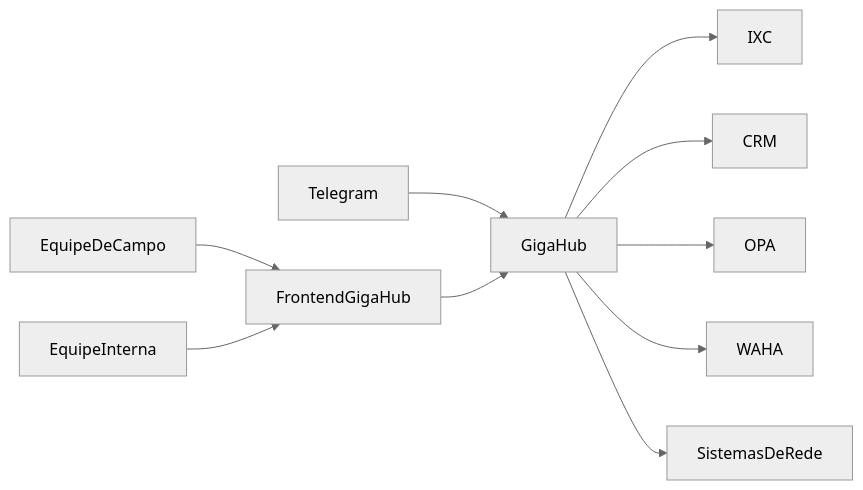
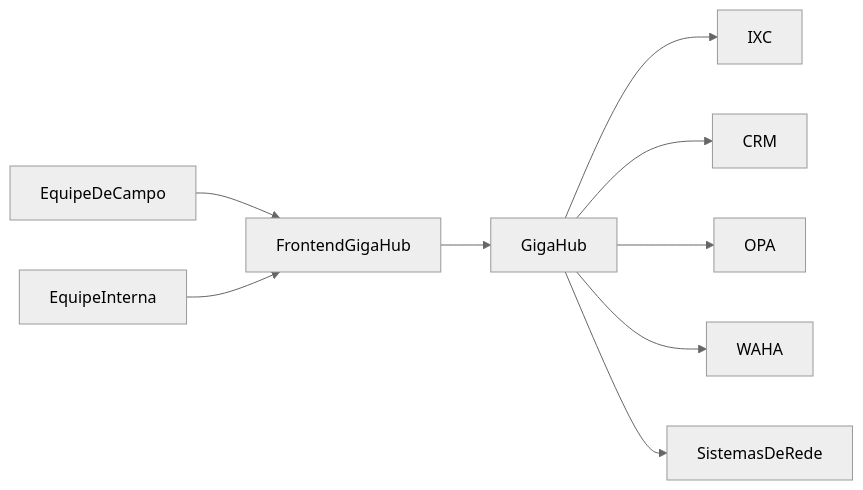
The first of 3 diagrams in docs/02-arquitetura.md (typedbywill/gigahub), drawn with Mermaid (neutral theme) before and after one commit. The commit also changed other lines of this file and 24 other files, not shown here.

````diff
--- a/docs/02-arquitetura.md
+++ b/docs/02-arquitetura.md
@@ -15,12 +15,11 @@
 ```mermaid
 flowchart LR
   FieldUser[EquipeDeCampo] --> Web[FrontendGigaHub]
   InternalUser[EquipeInterna] --> Web
-  Telegram[Telegram] --> Hub[GigaHub]
-  Web --> Hub
+  Web --> Hub[GigaHub]
   Hub --> IXC[IXC]
   Hub --> CRM[CRM]
   Hub --> OPA[OPA]
   Hub --> WAHA[WAHA]
   Hub --> NetworkSystems[SistemasDeRede]
 ```
````
